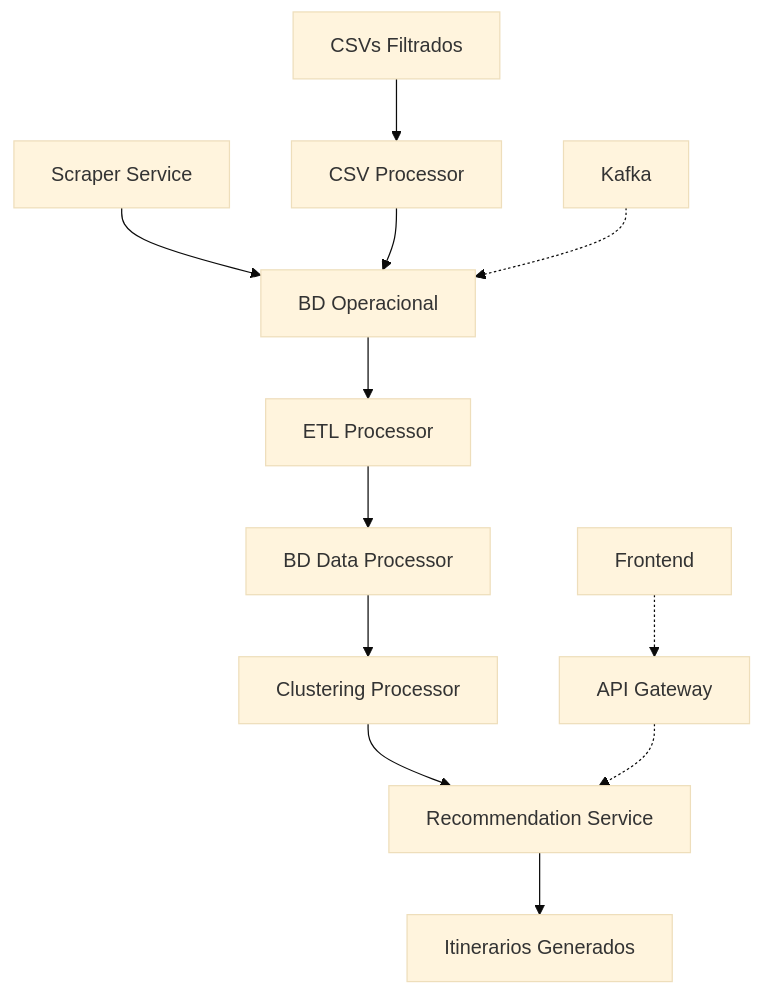
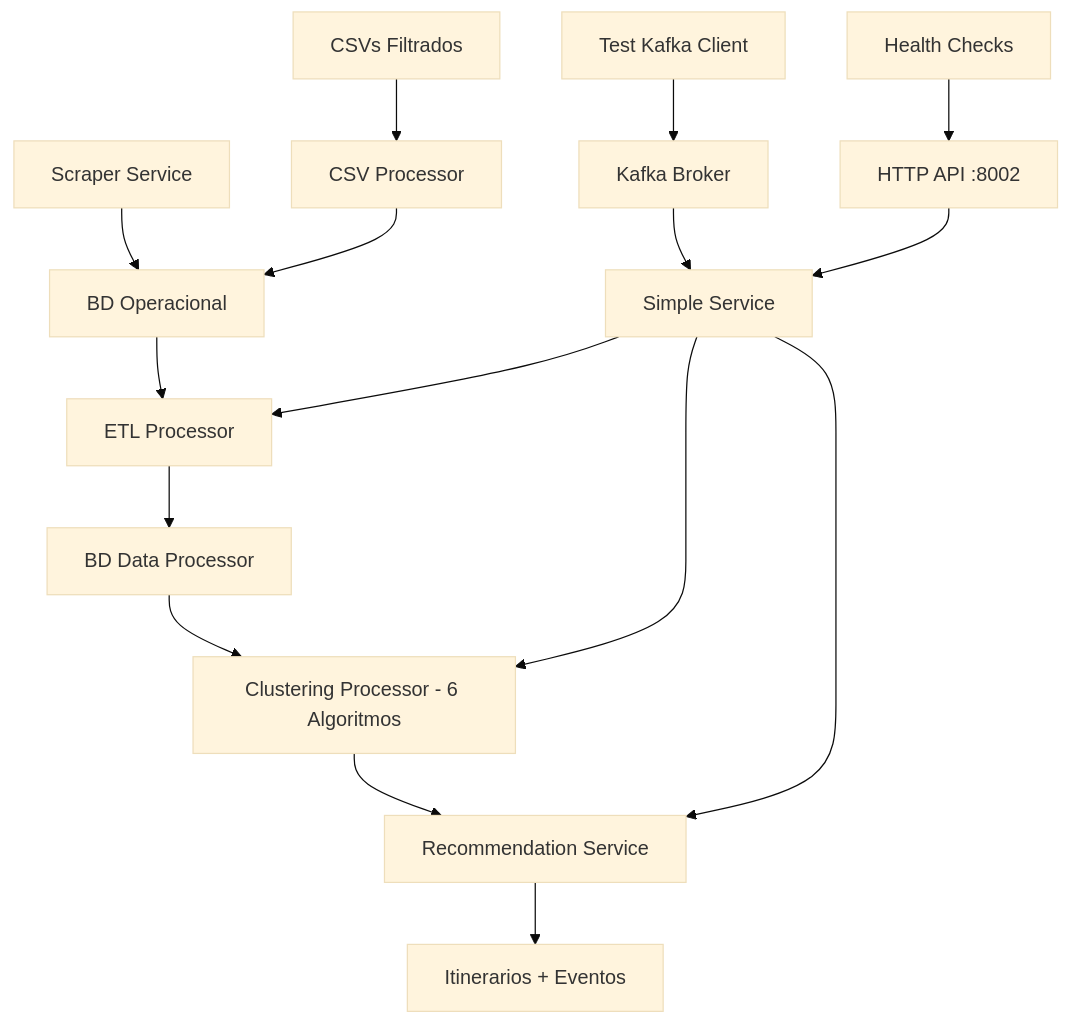
The diagram in AUDITORIA_SISTEMA_COMPLETA.md (FranciscoWatson/baxperience-backend), drawn with Mermaid (base theme) before and after one commit. The commit also changed other lines of this file, not shown here.

````diff
--- a/AUDITORIA_SISTEMA_COMPLETA.md
+++ b/AUDITORIA_SISTEMA_COMPLETA.md
@@ -46,15 +51,20 @@
 ```mermaid
 graph TB
     A[Scraper Service] --> B[BD Operacional]
     C[CSVs Filtrados] --> D[CSV Processor]
     D --> B
     B --> E[ETL Processor]
     E --> F[BD Data Processor]
-    F --> G[Clustering Processor]
+    F --> G[Clustering Processor - 6 Algoritmos]
     G --> H[Recommendation Service]
-    H --> I[Itinerarios Generados]
+    H --> I[Itinerarios + Eventos]
     
-    J[Kafka] -.-> B
-    K[API Gateway] -.-> H
-    L[Frontend] -.-> K
+    J[Kafka Broker] --> K[Simple Service]
+    K --> E
+    K --> G
+    K --> H
+    L[Test Kafka Client] --> J
+    
+    M[HTTP API :8002] --> K
+    N[Health Checks] --> M
 ```
````
